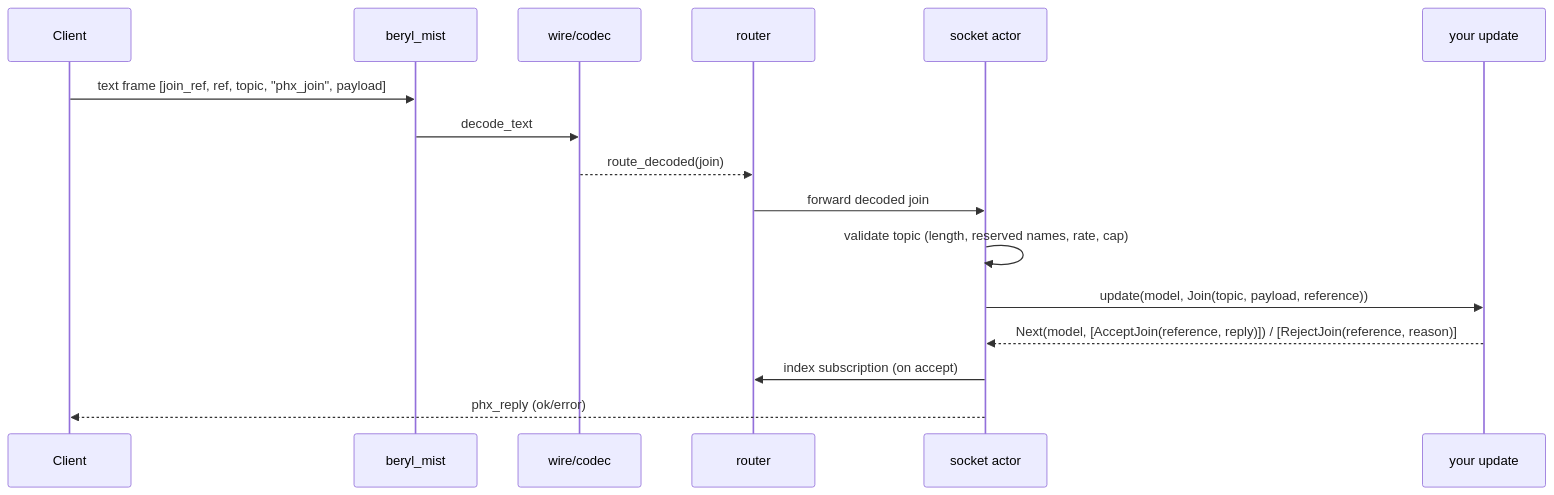
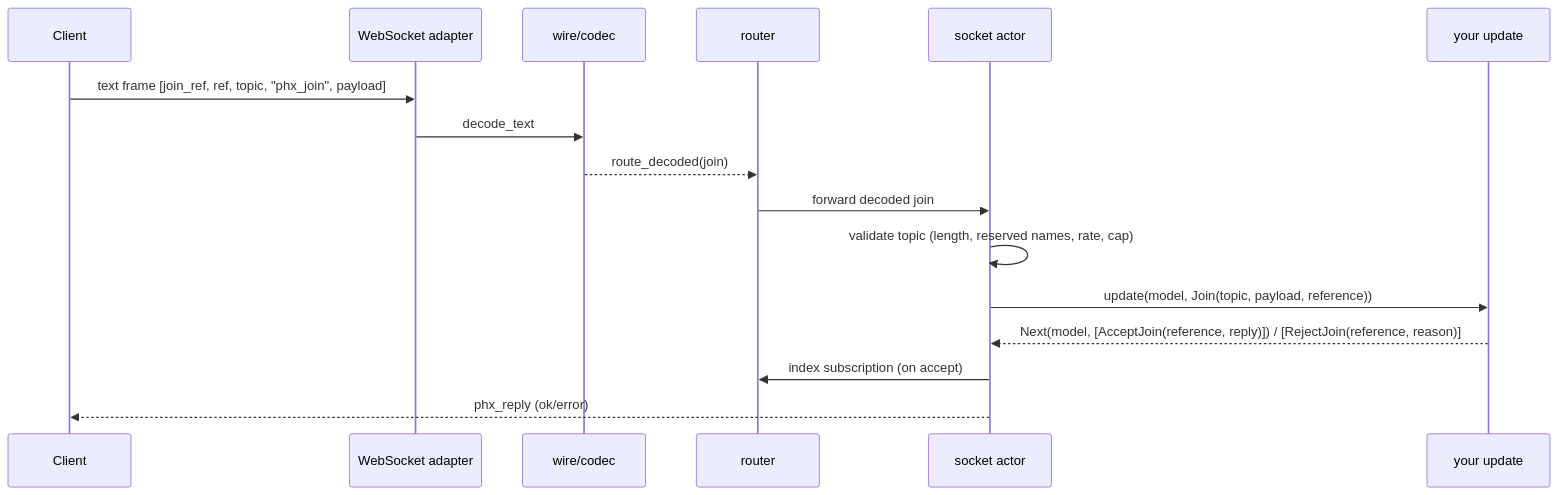
The second of 6 diagrams in website/src/content/docs/architecture/message-lifecycle.md (tylerbutler/beryl), drawn with Mermaid before and after one commit. The commit also changed other lines of this file and 76 other files, not shown here.

````diff
--- a/website/src/content/docs/architecture/message-lifecycle.md
+++ b/website/src/content/docs/architecture/message-lifecycle.md
@@ -40,18 +40,18 @@
 ```mermaid
 sequenceDiagram
   participant Client
-  participant Mist as beryl_mist
+  participant Transport as WebSocket adapter
   participant Wire as wire/codec
   participant Router as router
   participant Socket as socket actor
   participant App as your update
-  Client->>Mist: text frame [join_ref, ref, topic, "phx_join", payload]
-  Mist->>Wire: decode_text
+  Client->>Transport: text frame [join_ref, ref, topic, "phx_join", payload]
+  Transport->>Wire: decode_text
   Wire-->>Router: route_decoded(join)
   Router->>Socket: forward decoded join
   Socket->>Socket: validate topic (length, reserved names, rate, cap)
   Socket->>App: update(model, Join(topic, payload, reference))
   App-->>Socket: Next(model, [AcceptJoin(reference, reply)]) / [RejectJoin(reference, reason)]
   Socket->>Router: index subscription (on accept)
   Socket-->>Client: phx_reply (ok/error)
 ```
````
